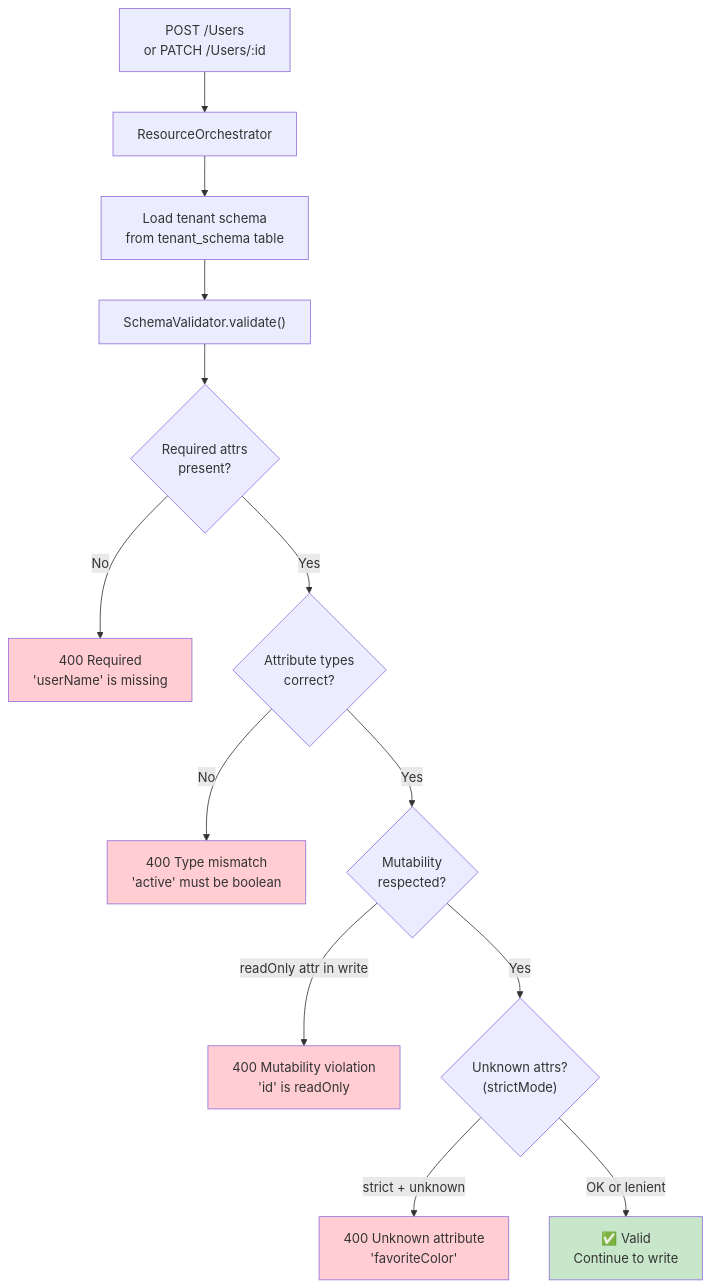
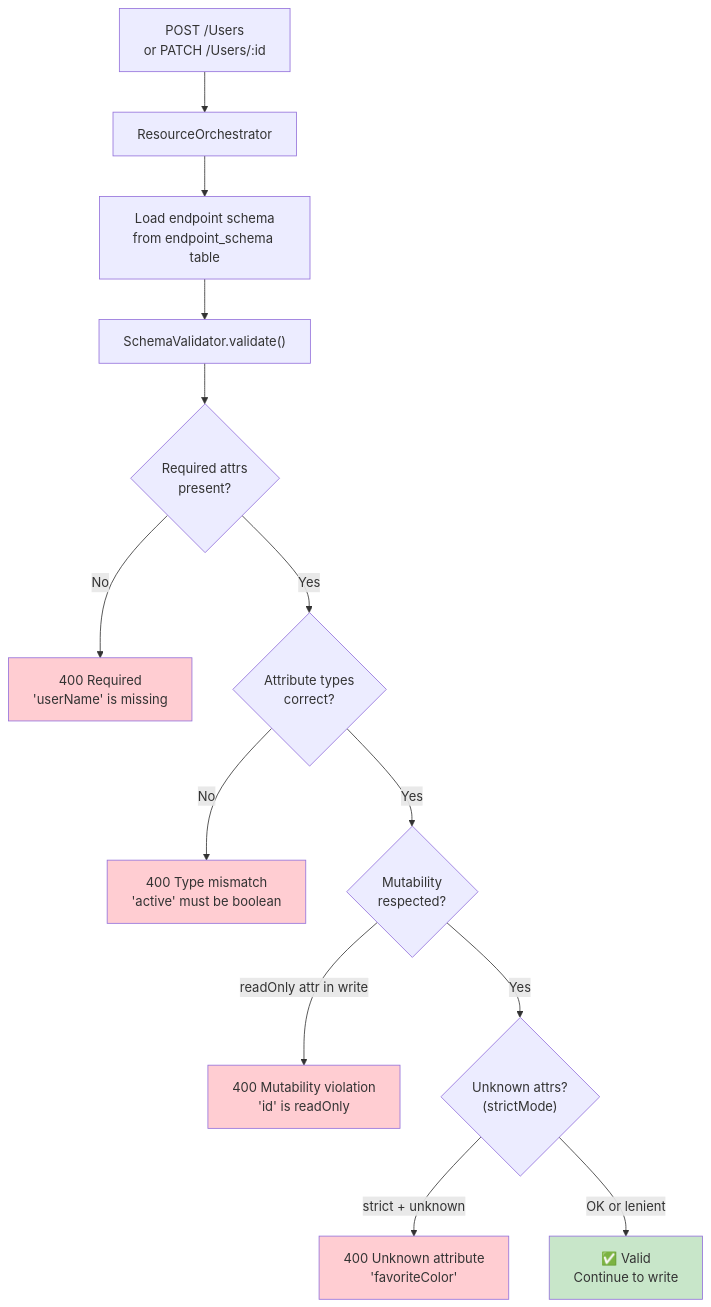
One commit to pranems/SCIMServer changed diagram 13 of 23 in docs/MIGRATION_PLAN_CURRENT_TO_IDEAL_v3_2026-02-20.md. Above: the diagram before and after it, drawn with Mermaid. The commit also changed other lines of this file and 288 other files, not shown here.

````diff
--- a/docs/MIGRATION_PLAN_CURRENT_TO_IDEAL_v3_2026-02-20.md
+++ b/docs/MIGRATION_PLAN_CURRENT_TO_IDEAL_v3_2026-02-20.md
@@ -1960,25 +1965,25 @@
 ```mermaid
 flowchart TD
     REQ["POST /Users<br/>or PATCH /Users/:id"] --> ORCH["ResourceOrchestrator"]
-    ORCH --> LOAD["Load tenant schema<br/>from tenant_schema table"]
+    ORCH --> LOAD["Load endpoint schema<br/>from endpoint_schema table"]
     LOAD --> VALIDATE["SchemaValidator.validate()"]
     
     VALIDATE --> CHK_REQ{"Required attrs<br/>present?"}
     CHK_REQ -->|No| ERR1["400 Required<br/>'userName' is missing"]
     CHK_REQ -->|Yes| CHK_TYPE{"Attribute types<br/>correct?"}
     
     CHK_TYPE -->|No| ERR2["400 Type mismatch<br/>'active' must be boolean"]
     CHK_TYPE -->|Yes| CHK_MUT{"Mutability<br/>respected?"}
     
     CHK_MUT -->|"readOnly attr in write"| ERR3["400 Mutability violation<br/>'id' is readOnly"]
     CHK_MUT -->|Yes| CHK_UNK{"Unknown attrs?<br/>(strictMode)"}
     
     CHK_UNK -->|"strict + unknown"| ERR4["400 Unknown attribute<br/>'favoriteColor'"]
     CHK_UNK -->|"OK or lenient"| PASS["✅ Valid<br/>Continue to write"]
 
     style ERR1 fill:#ffcdd2,color:#333
     style ERR2 fill:#ffcdd2,color:#333
     style ERR3 fill:#ffcdd2,color:#333
     style ERR4 fill:#ffcdd2,color:#333
     style PASS fill:#c8e6c9,color:#333
 ```
````
